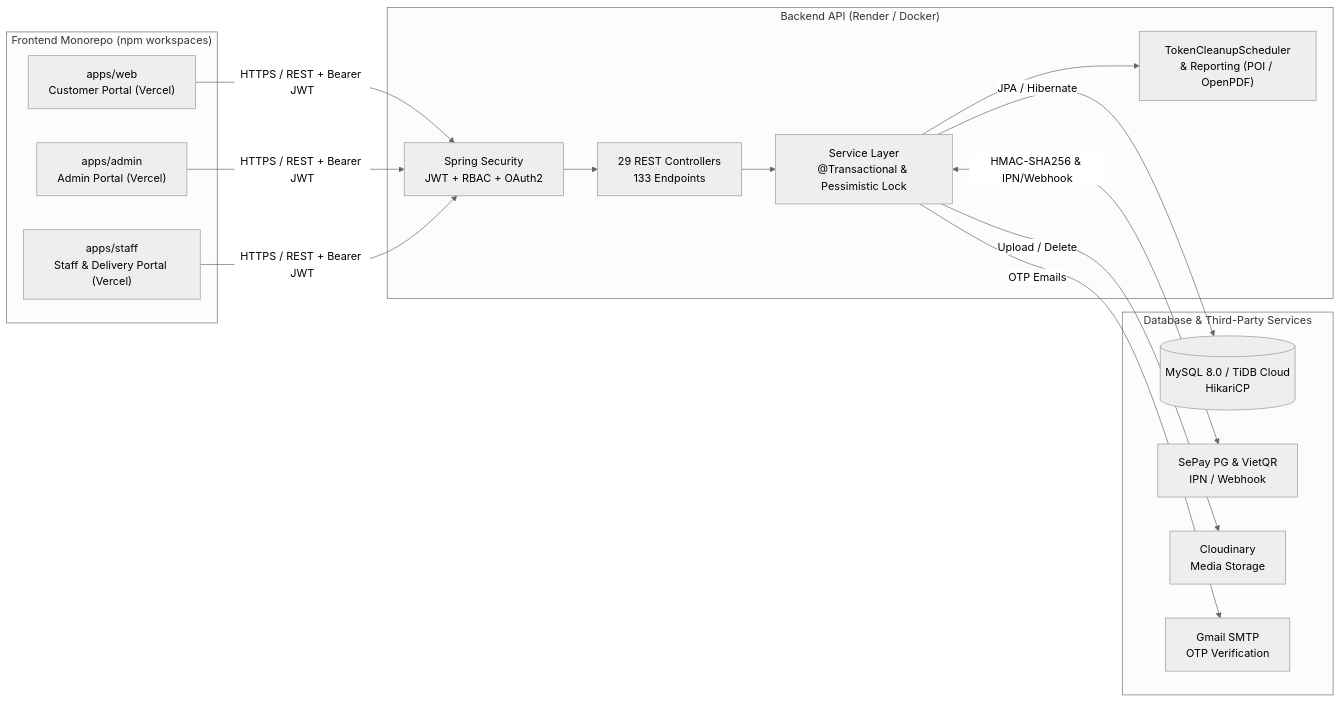
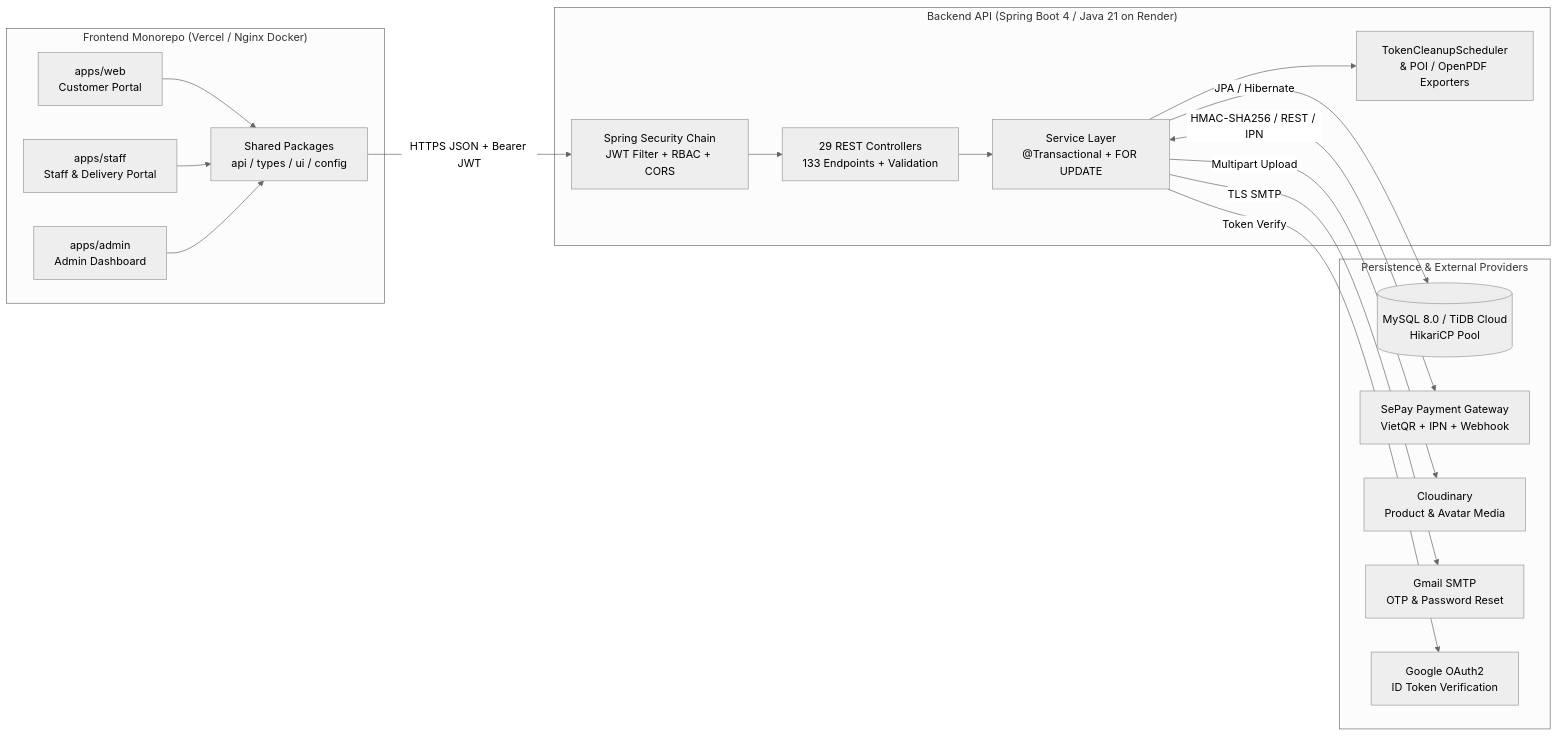
Before and after one commit to Smagic205/ThunderFood: the first of 7 diagrams in README.md, drawn with Mermaid (neutral theme). The commit also changed other lines of this file, not shown here.

````diff
--- a/README.md
+++ b/README.md
@@ -50,30 +72,33 @@
 ```mermaid
 flowchart LR
-    subgraph Clients["Frontend Monorepo (npm workspaces)"]
-        Web["apps/web<br/>Customer Portal (Vercel)"]
-        Admin["apps/admin<br/>Admin Portal (Vercel)"]
-        Staff["apps/staff<br/>Staff & Delivery Portal (Vercel)"]
+    subgraph Clients["Frontend Monorepo (Vercel / Nginx Docker)"]
+        Web["apps/web<br/>Customer Portal"]
+        Staff["apps/staff<br/>Staff & Delivery Portal"]
+        Admin["apps/admin<br/>Admin Dashboard"]
+        Shared["Shared Packages<br/>api / types / ui / config"]
+        Web & Staff & Admin --> Shared
     end
 
-    subgraph Backend["Backend API (Render / Docker)"]
-        Security["Spring Security<br/>JWT + RBAC + OAuth2"]
-        Controllers["29 REST Controllers<br/>133 Endpoints"]
-        Services["Service Layer<br/>@Transactional & Pessimistic Lock"]
-        Scheduler["TokenCleanupScheduler<br/>& Reporting (POI / OpenPDF)"]
+    subgraph Backend["Backend API (Spring Boot 4 / Java 21 on Render)"]
+        Sec["Spring Security Chain<br/>JWT Filter + RBAC + CORS"]
+        API["29 REST Controllers<br/>133 Endpoints + Validation"]
+        Biz["Service Layer<br/>@Transactional + FOR UPDATE"]
+        Jobs["TokenCleanupScheduler<br/>& POI / OpenPDF Exporters"]
+        Sec --> API --> Biz --> Jobs
     end
 
-    subgraph External["Database & Third-Party Services"]
-        DB[("MySQL 8.0 / TiDB Cloud<br/>HikariCP")]
-        SePay["SePay PG & VietQR<br/>IPN / Webhook"]
-        Cloud["Cloudinary<br/>Media Storage"]
-        Mail["Gmail SMTP<br/>OTP Verification"]
+    subgraph DataAndExternal["Persistence & External Providers"]
+        DB[("MySQL 8.0 / TiDB Cloud<br/>HikariCP Pool")]
+        SePay["SePay Payment Gateway<br/>VietQR + IPN + Webhook"]
+        Cloud["Cloudinary<br/>Product & Avatar Media"]
+        SMTP["Gmail SMTP<br/>OTP & Password Reset"]
+        OAuth["Google OAuth2<br/>ID Token Verification"]
     end
 
-    Web & Admin & Staff -->|HTTPS / REST + Bearer JWT| Security
-    Security --> Controllers --> Services
-    Services --> Scheduler
-    Services -->|JPA / Hibernate| DB
-    Services <-->|HMAC-SHA256 & IPN/Webhook| SePay
-    Services -->|Upload / Delete| Cloud
-    Services -->|OTP Emails| Mail
+    Shared -->|"HTTPS JSON + Bearer JWT"| Sec
+    Biz -->|"JPA / Hibernate"| DB
+    Biz <-->|"HMAC-SHA256 / REST / IPN"| SePay
+    Biz -->|"Multipart Upload"| Cloud
+    Biz -->|"TLS SMTP"| SMTP
+    Biz -->|"Token Verify"| OAuth
 ```
````
